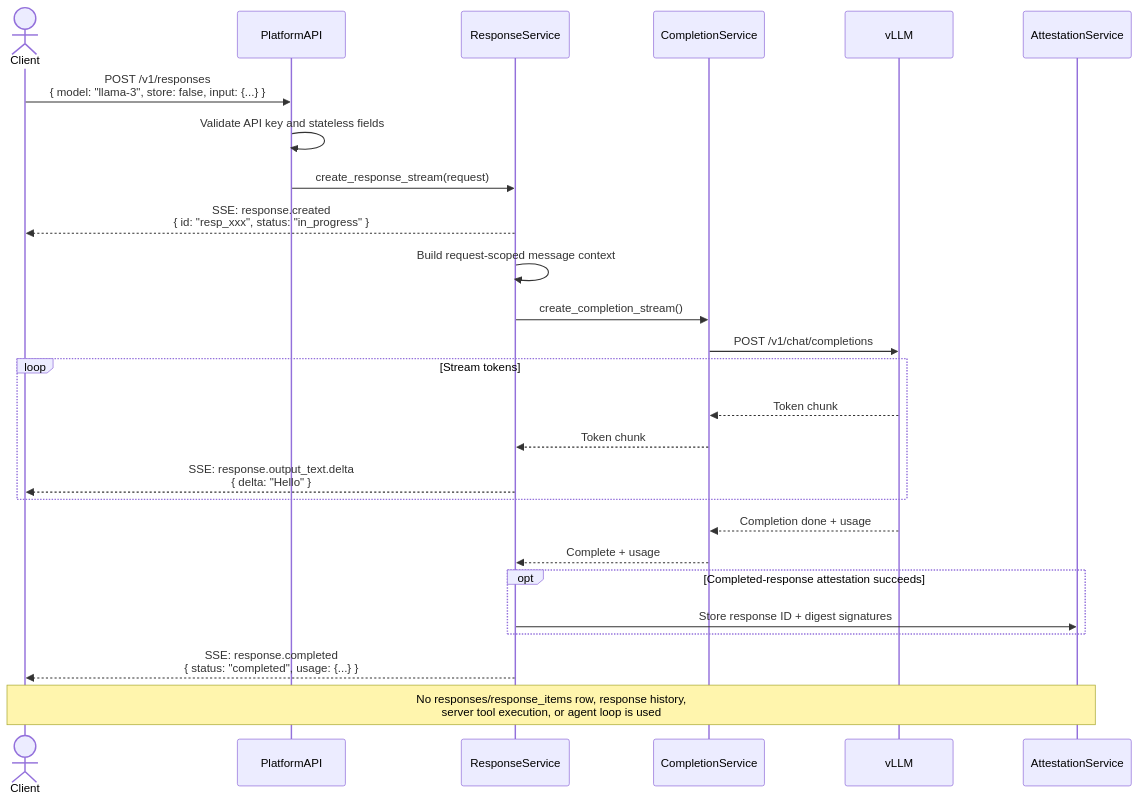
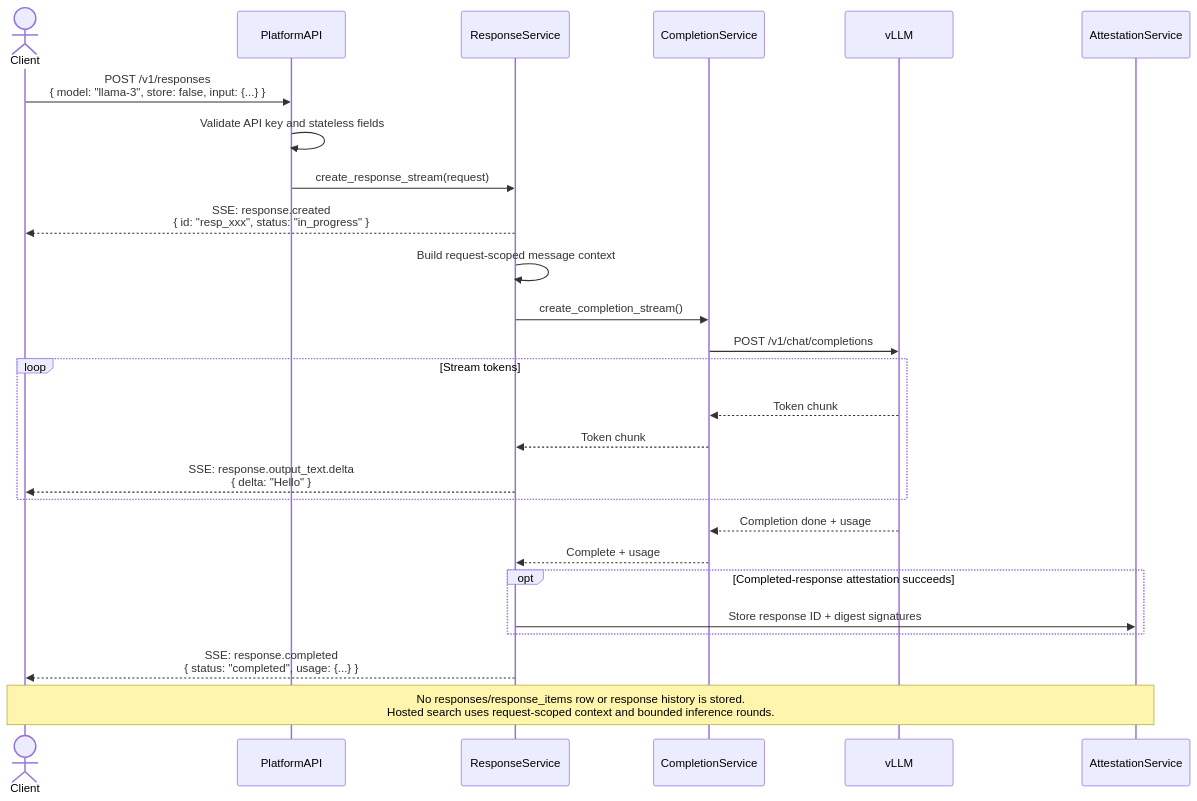
The sixth of 16 diagrams in docs/architecture/c4-diagrams.md (nearai/cloud-api), drawn with Mermaid before and after one commit. The commit also changed other lines of this file and 20 other files, not shown here.

Commit message:
fix(responses): retain request-scoped hosted web search

````diff
--- a/docs/architecture/c4-diagrams.md
+++ b/docs/architecture/c4-diagrams.md
@@ -504,38 +505,38 @@
 ```mermaid
 sequenceDiagram
     actor Client
     participant PlatformAPI
     participant ResponseService
     participant CompletionService
     participant vLLM
     participant AttestationService
     
     Client->>PlatformAPI: POST /v1/responses<br/>{ model: "llama-3", store: false, input: {...} }
     
     PlatformAPI->>PlatformAPI: Validate API key and stateless fields
     
     PlatformAPI->>ResponseService: create_response_stream(request)
     ResponseService-->>Client: SSE: response.created<br/>{ id: "resp_xxx", status: "in_progress" }
     
     ResponseService->>ResponseService: Build request-scoped message context
     
     ResponseService->>CompletionService: create_completion_stream()
     CompletionService->>vLLM: POST /v1/chat/completions
     
     loop Stream tokens
         vLLM-->>CompletionService: Token chunk
         CompletionService-->>ResponseService: Token chunk
         ResponseService-->>Client: SSE: response.output_text.delta<br/>{ delta: "Hello" }
     end
     
     vLLM-->>CompletionService: Completion done + usage
     CompletionService-->>ResponseService: Complete + usage
     
     opt Completed-response attestation succeeds
         ResponseService->>AttestationService: Store response ID + digest signatures
     end
     
     ResponseService-->>Client: SSE: response.completed<br/>{ status: "completed", usage: {...} }
     
-    Note over Client,AttestationService: No responses/response_items row, response history,<br/>server tool execution, or agent loop is used
+    Note over Client,AttestationService: No responses/response_items row or response history is stored.<br/>Hosted search uses request-scoped context and bounded inference rounds.
 ```
````
